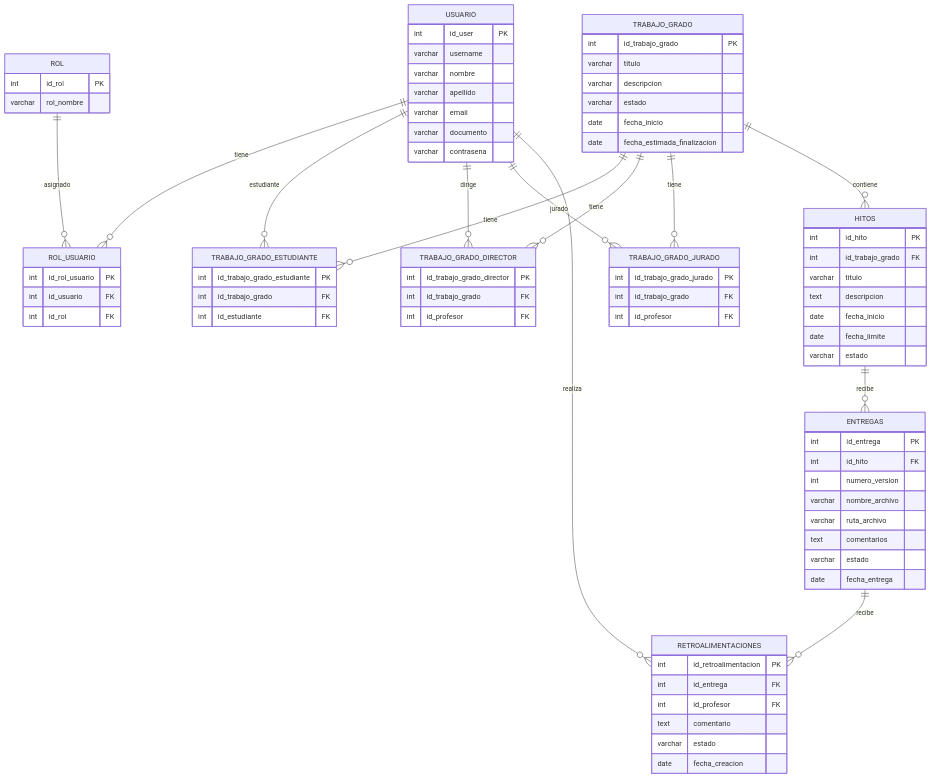
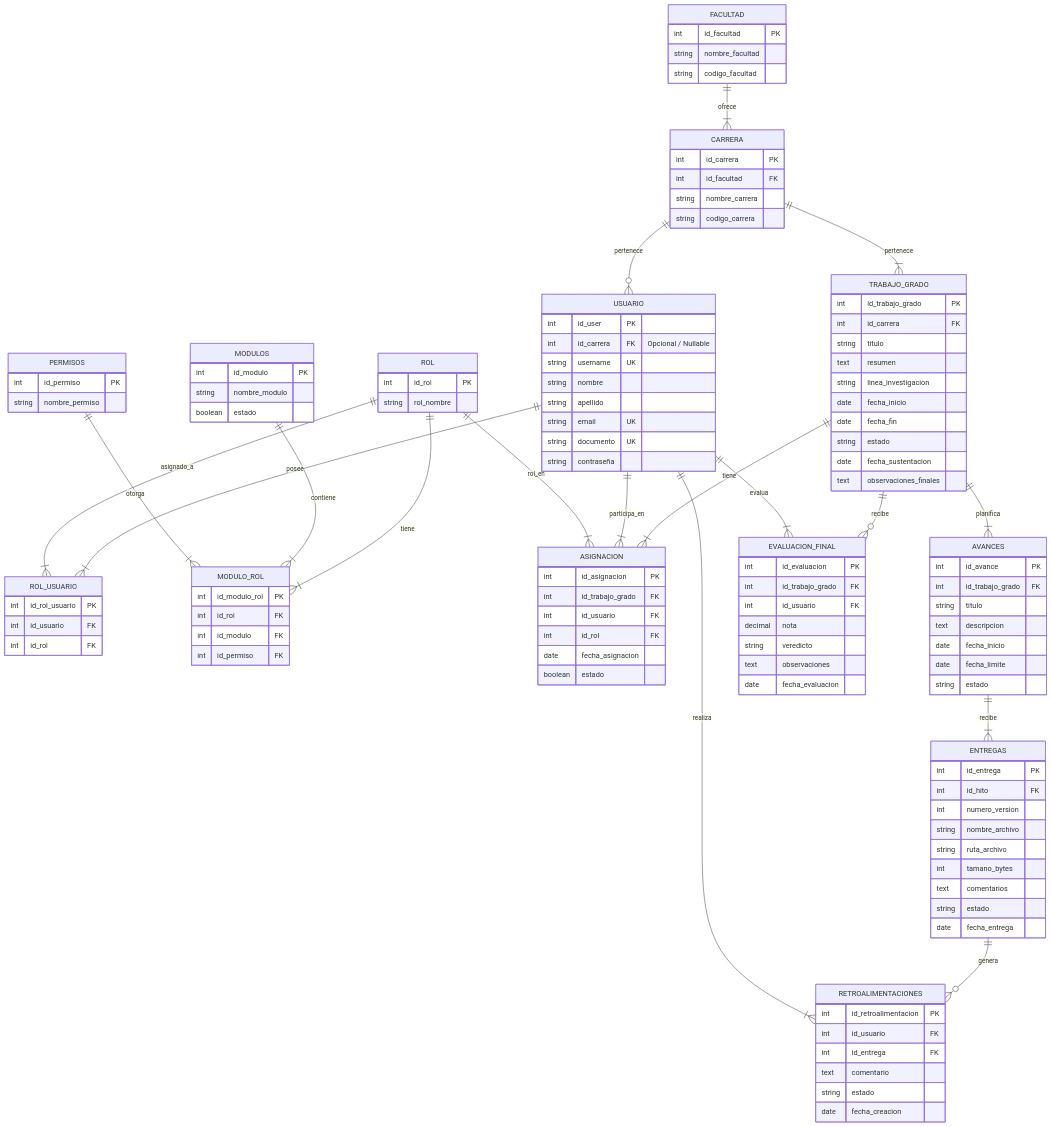
Before and after one commit to OwenSanchez11/Plataforma-de-seguimiento-y-gesti-n-de-proyectos-de-grados-tesis: the diagram in README.md, drawn with Mermaid. The commit also changed other lines of this file and 22 other files, not shown here.

Commit message:
se modificó la base de datos y se modificaron los endpoint, usuario, rol, rol_usuario y trabajo_grado

````diff
--- a/README.md
+++ b/README.md
@@ -296,18 +164,33 @@
 ```mermaid
 erDiagram
+
+    FACULTAD {
+        int id_facultad PK
+        string nombre_facultad
+        string codigo_facultad
+    }
+
+    CARRERA {
+        int id_carrera PK
+        int id_facultad FK
+        string nombre_carrera
+        string codigo_carrera
+    }
+
     USUARIO {
         int id_user PK
-        varchar username
-        varchar nombre
-        varchar apellido
-        varchar email
-        varchar documento
-        varchar contrasena
+        int id_carrera FK "Opcional / Nullable"
+        string username UK
+        string nombre
+        string apellido
+        string email UK
+        string documento UK
+        string contraseña
     }
 
     ROL {
         int id_rol PK
-        varchar rol_nombre
+        string rol_nombre
     }
 
     ROL_USUARIO {
@@ -316,73 +199,110 @@
         int id_rol FK
     }
 
+    MODULOS {
+        int id_modulo PK
+        string nombre_modulo
+        boolean estado
+    }
+
+    PERMISOS {
+        int id_permiso PK
+        string nombre_permiso
+    }
+
+    MODULO_ROL {
+        int id_modulo_rol PK
+        int id_rol FK
+        int id_modulo FK
+        int id_permiso FK
+    }
+
     TRABAJO_GRADO {
         int id_trabajo_grado PK
-        varchar titulo
-        varchar descripcion
-        varchar estado
+        int id_carrera FK
+        string titulo
+        text resumen
+        string linea_investigacion
         date fecha_inicio
-        date fecha_estimada_finalizacion
+        date fecha_fin
+        string estado
+        date fecha_sustentacion
+        text observaciones_finales
     }
 
-    TRABAJO_GRADO_ESTUDIANTE {
-        int id_trabajo_grado_estudiante PK
+    ASIGNACION {
+        int id_asignacion PK
         int id_trabajo_grado FK
-        int id_estudiante FK
+        int id_usuario FK
+        int id_rol FK
+        date fecha_asignacion
+        boolean estado
     }
 
-    TRABAJO_GRADO_DIRECTOR {
-        int id_trabajo_grado_director PK
+    AVANCES {
+        int id_avance PK
         int id_trabajo_grado FK
-        int id_profesor FK
-    }
-
-    TRABAJO_GRADO_JURADO {
-        int id_trabajo_grado_jurado PK
-        int id_trabajo_grado FK
-        int id_profesor FK
-    }
-
-    HITOS {
-        int id_hito PK
-        int id_trabajo_grado FK
-        varchar titulo
+        string titulo
         text descripcion
         date fecha_inicio
         date fecha_limite
-        varchar estado
+        string estado
     }
 
     ENTREGAS {
         int id_entrega PK
         int id_hito FK
         int numero_version
-        varchar nombre_archivo
-        varchar ruta_archivo
+        string nombre_archivo
+        string ruta_archivo
+        int tamano_bytes
         text comentarios
-        varchar estado
+        string estado
         date fecha_entrega
     }
 
     RETROALIMENTACIONES {
         int id_retroalimentacion PK
+        int id_usuario FK
         int id_entrega FK
-        int id_profesor FK
         text comentario
-        varchar estado
+        string estado
         date fecha_creacion
     }
 
-    USUARIO ||--o{ ROL_USUARIO : tiene
-    ROL ||--o{ ROL_USUARIO : asignado
-    TRABAJO_GRADO ||--o{ TRABAJO_GRADO_ESTUDIANTE : tiene
-    USUARIO ||--o{ TRABAJO_GRADO_ESTUDIANTE : estudiante
-    TRABAJO_GRADO ||--o{ TRABAJO_GRADO_DIRECTOR : tiene
-    USUARIO ||--o{ TRABAJO_GRADO_DIRECTOR : dirige
-    TRABAJO_GRADO ||--o{ TRABAJO_GRADO_JURADO : tiene
-    USUARIO ||--o{ TRABAJO_GRADO_JURADO : jurado
-    TRABAJO_GRADO ||--o{ HITOS : contiene
-    HITOS ||--o{ ENTREGAS : recibe
-    ENTREGAS ||--o{ RETROALIMENTACIONES : recibe
-    USUARIO ||--o{ RETROALIMENTACIONES : realiza
+    EVALUACION_FINAL {
+        int id_evaluacion PK
+        int id_trabajo_grado FK
+        int id_usuario FK
+        decimal nota
+        string veredicto
+        text observaciones
+        date fecha_evaluacion
+    }
+
+    %% --- RELACIONES ---
+
+    FACULTAD ||--|{ CARRERA : "ofrece"
+    CARRERA ||--o{ USUARIO : "pertenece"
+    CARRERA ||--|{ TRABAJO_GRADO : "pertenece"
+
+    USUARIO ||--|{ ROL_USUARIO : "posee"
+    ROL ||--|{ ROL_USUARIO : "asignado_a"
+
+    ROL ||--|{ MODULO_ROL : "tiene"
+    MODULOS ||--|{ MODULO_ROL : "contiene"
+    PERMISOS ||--|{ MODULO_ROL : "otorga"
+
+    TRABAJO_GRADO ||--|{ ASIGNACION : "tiene"
+    USUARIO ||--|{ ASIGNACION : "participa_en"
+    ROL ||--|{ ASIGNACION : "rol_en"
+
+    TRABAJO_GRADO ||--|{ AVANCES : "planifica"
+    AVANCES ||--|{ ENTREGAS : "recibe"
+
+    ENTREGAS ||--o{ RETROALIMENTACIONES : "genera"
+    USUARIO ||--|{ RETROALIMENTACIONES : "realiza"
+
+    TRABAJO_GRADO ||--o{ EVALUACION_FINAL : "recibe"
+    USUARIO ||--|{ EVALUACION_FINAL : "evalua"
 ```
````
